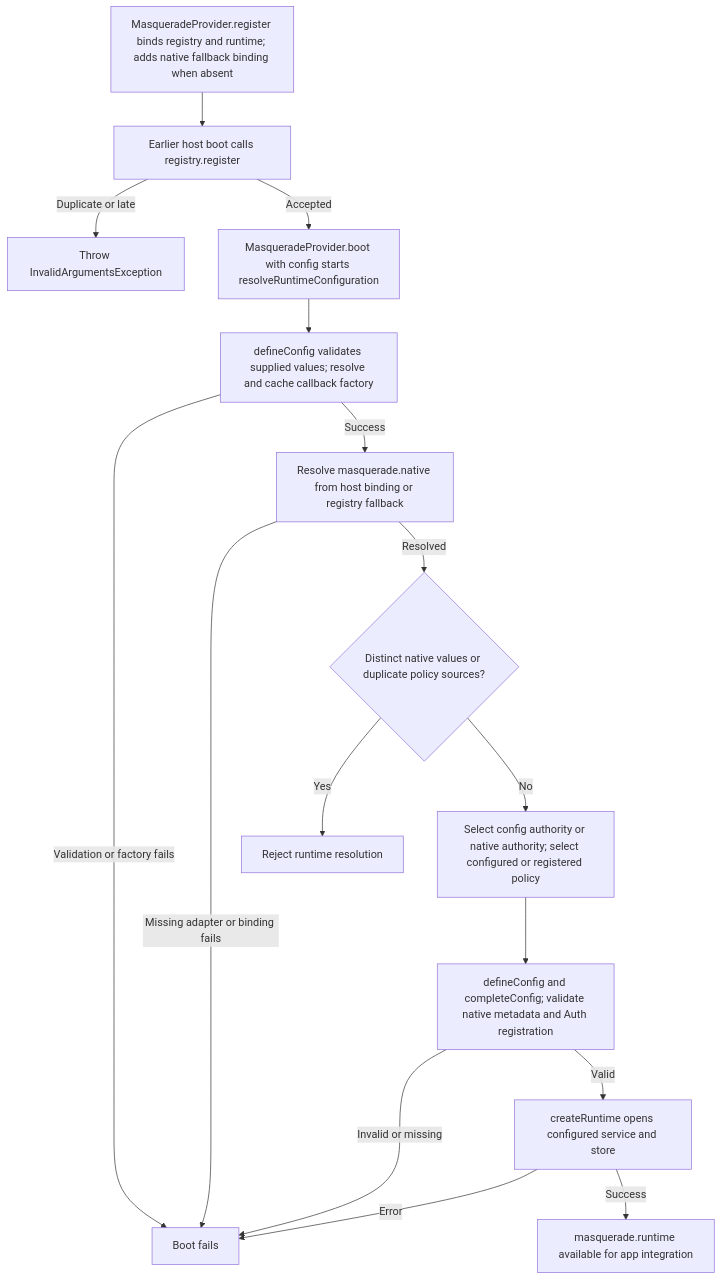
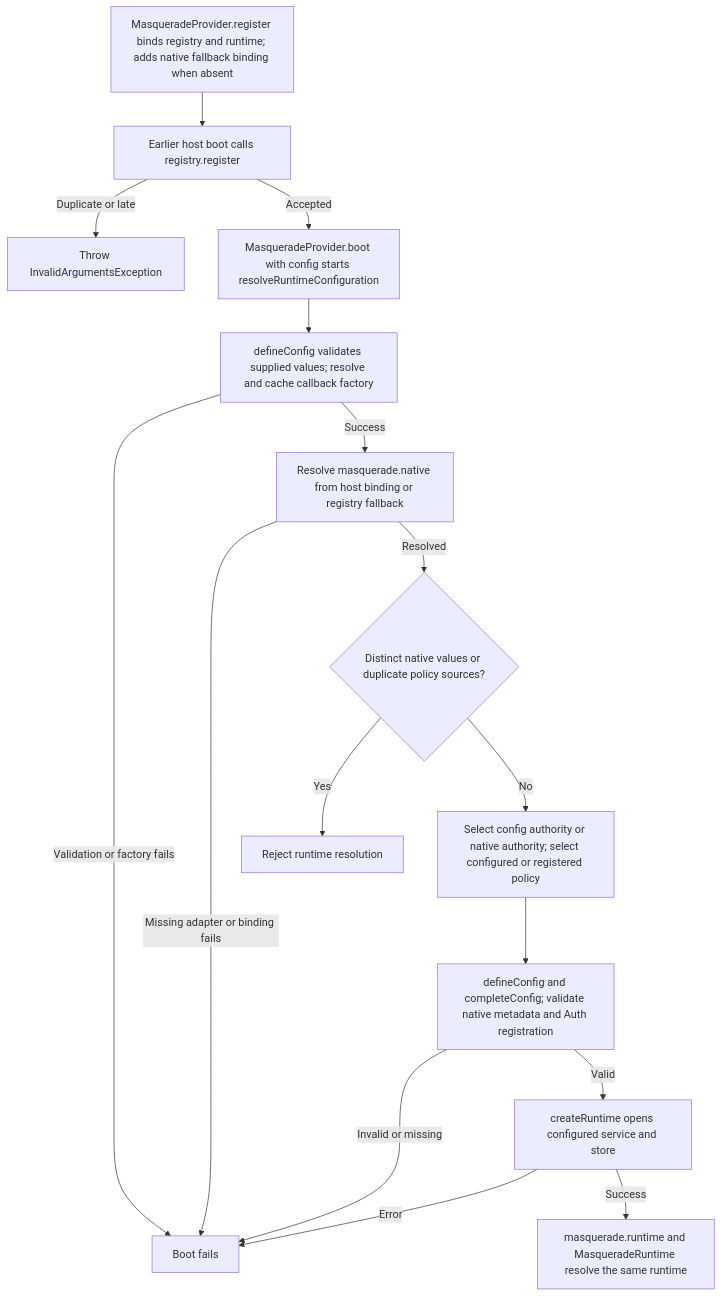
Before and after one commit to Kevinjohn/oss-adonisjs-masquerade: the second of 2 diagrams in user-stories/configure-masquerade/us-setup-03-register-integration-callbacks.md, drawn with Mermaid. The commit also changed other lines of this file and 14 other files, not shown here.

````diff
--- a/user-stories/configure-masquerade/us-setup-03-register-integration-callbacks.md
+++ b/user-stories/configure-masquerade/us-setup-03-register-integration-callbacks.md
@@ -36,18 +36,18 @@
 ```mermaid
 flowchart TD
     A["MasqueradeProvider.register binds registry and runtime; adds native fallback binding when absent"] --> B["Earlier host boot calls registry.register"]
     B -->|Duplicate or late| X["Throw InvalidArgumentsException"]
     B -->|Accepted| C["MasqueradeProvider.boot with config starts resolveRuntimeConfiguration"]
     C --> D["defineConfig validates supplied values; resolve and cache callback factory"]
     D -->|Validation or factory fails| Y["Boot fails"]
     D -->|Success| E["Resolve masquerade.native from host binding or registry fallback"]
     E -->|Missing adapter or binding fails| Y
     E -->|Resolved| G{"Distinct native values or duplicate policy sources?"}
     G -->|Yes| X2["Reject runtime resolution"]
     G -->|No| H["Select config authority or native authority; select configured or registered policy"]
     H --> I["defineConfig and completeConfig; validate native metadata and Auth registration"]
     I -->|Invalid or missing| Y
     I -->|Valid| K["createRuntime opens configured service and store"]
     K -->|Error| Y
-    K -->|Success| L["masquerade.runtime available for app integration"]
+    K -->|Success| L["masquerade.runtime and MasqueradeRuntime resolve the same runtime"]
 ```
````
